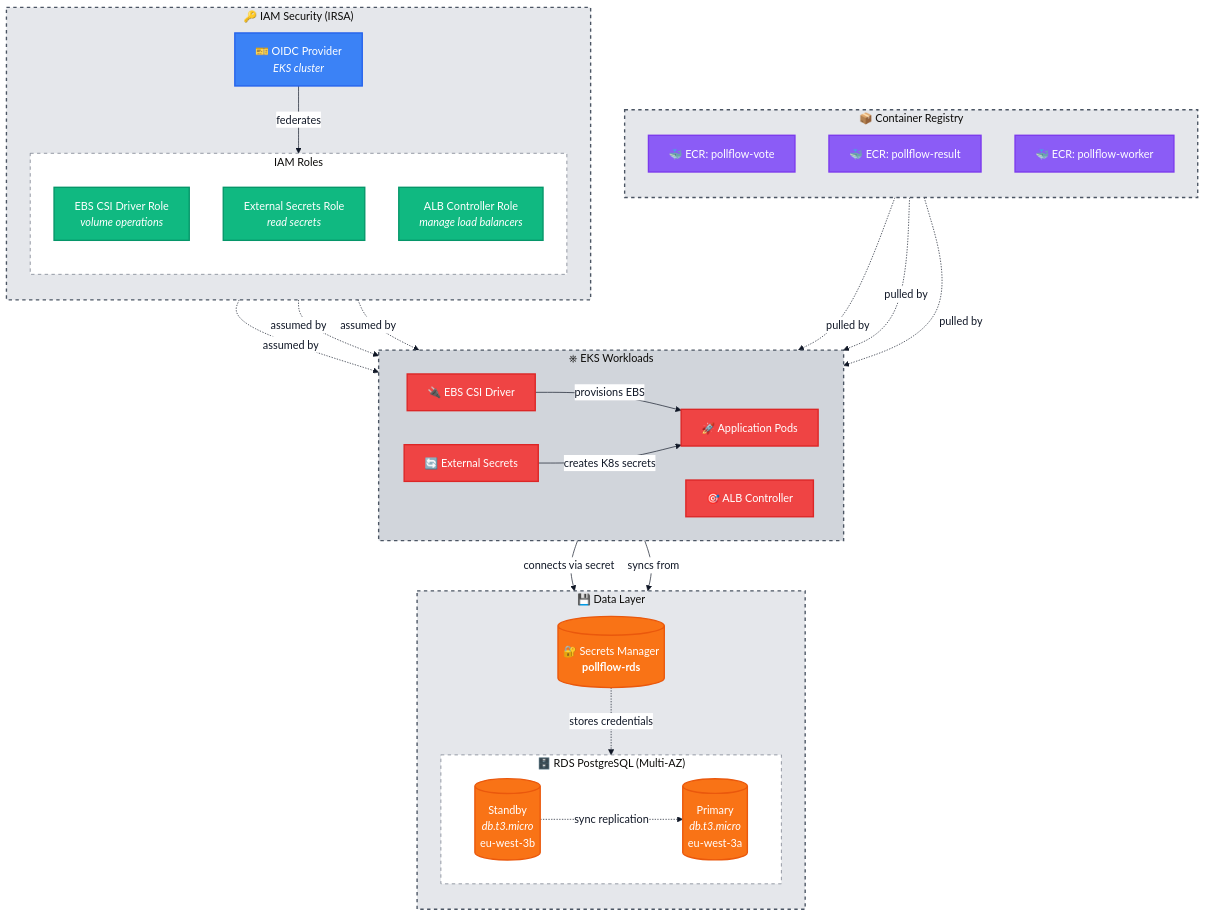
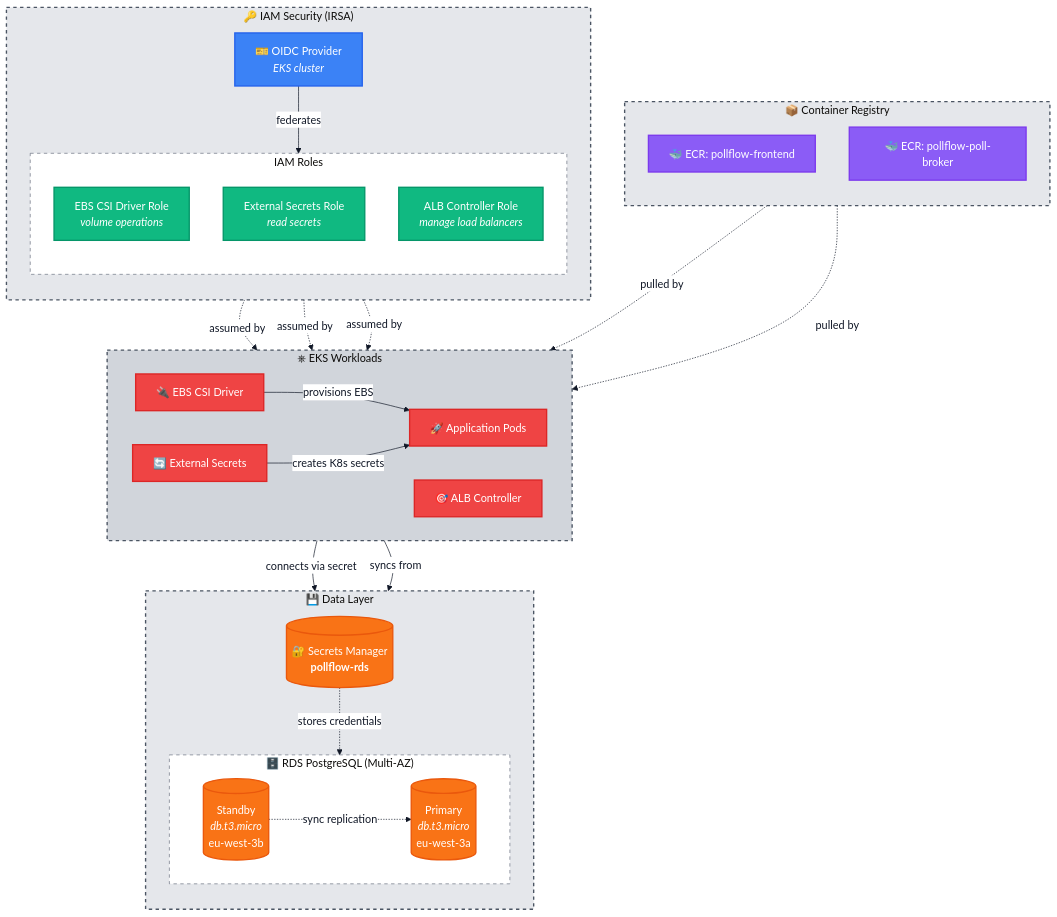
The second of 2 diagrams in infra/tf-main/README.md (aviyadeveloper/pollflow), drawn with Mermaid before and after one commit. The commit also changed other lines of this file and 49 other files, not shown here.

First line of the commit message:
feat(infra): replace old services (vote, result, worker) with new services (frontend, poll-broker)

```diff
--- a/infra/tf-main/README.md
+++ b/infra/tf-main/README.md
@@ -150,9 +150,8 @@
     
     subgraph REGISTRY["📦 Container Registry"]
         direction TB
-        ECR_VOTE["🐳 ECR: pollflow-vote"]
-        ECR_RESULT["🐳 ECR: pollflow-result"]
-        ECR_WORKER["🐳 ECR: pollflow-worker"]
+        ECR_FRONTEND["🐳 ECR: pollflow-frontend"]
+        ECR_BROKER["🐳 ECR: pollflow-poll-broker"]
     end
     
     subgraph IAM["🔑 IAM Security (IRSA)"]
@@ -181,9 +180,8 @@
     PODS -->|connects via secret| RDS_PRIMARY
     
     %% ECR image pulls
-    ECR_VOTE -.->|pulled by| PODS
-    ECR_RESULT -.->|pulled by| PODS
-    ECR_WORKER -.->|pulled by| PODS
+    ECR_FRONTEND -.->|pulled by| PODS
+    ECR_BROKER -.->|pulled by| PODS
     
     %% IRSA pattern
     OIDC -->|federates| ROLES
@@ -204,7 +202,7 @@
     classDef oidcStyle fill:#3B82F6,stroke:#2563EB,stroke-width:2px,color:#fff
     
     class RDS_PRIMARY,RDS_STANDBY,SM dataStyle
-    class ECR_VOTE,ECR_RESULT,ECR_WORKER registryStyle
+    class ECR_FRONTEND,ECR_BROKER registryStyle
     class EBS_ROLE,ESO_ROLE,ALB_ROLE iamStyle
     class PODS,CSI,ESO,ALBC workloadStyle
     class OIDC oidcStyle
```
